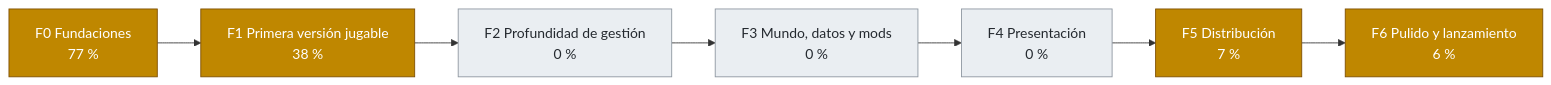
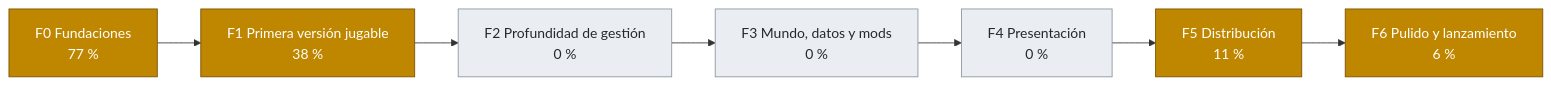
One commit to dariogea/BM27 changed the second of 2 diagrams in docs/roadmap.md. Above: the diagram before and after it, drawn with Mermaid. The commit also changed other lines of this file and 11 other files, not shown here.

````diff
--- a/docs/roadmap.md
+++ b/docs/roadmap.md
@@ -50,21 +50,21 @@
 ```mermaid
 flowchart LR
   F0["F0 Fundaciones<br/>77 %"]
   F1["F1 Primera versión jugable<br/>38 %"]
   F2["F2 Profundidad de gestión<br/>0 %"]
   F3["F3 Mundo, datos y mods<br/>0 %"]
   F4["F4 Presentación<br/>0 %"]
-  F5["F5 Distribución<br/>7 %"]
+  F5["F5 Distribución<br/>11 %"]
   F6["F6 Pulido y lanzamiento<br/>6 %"]
   F0 --> F1 --> F2 --> F3 --> F4 --> F5 --> F6
   classDef hecho fill:#2da44e,color:#fff,stroke:#1a7f37;
   classDef curso fill:#bf8700,color:#fff,stroke:#7d4e00;
   classDef pendiente fill:#eaeef2,color:#24292f,stroke:#8c959f;
   class F0 curso;
   class F1 curso;
   class F2 pendiente;
   class F3 pendiente;
   class F4 pendiente;
   class F5 curso;
   class F6 curso;
 ```
````
